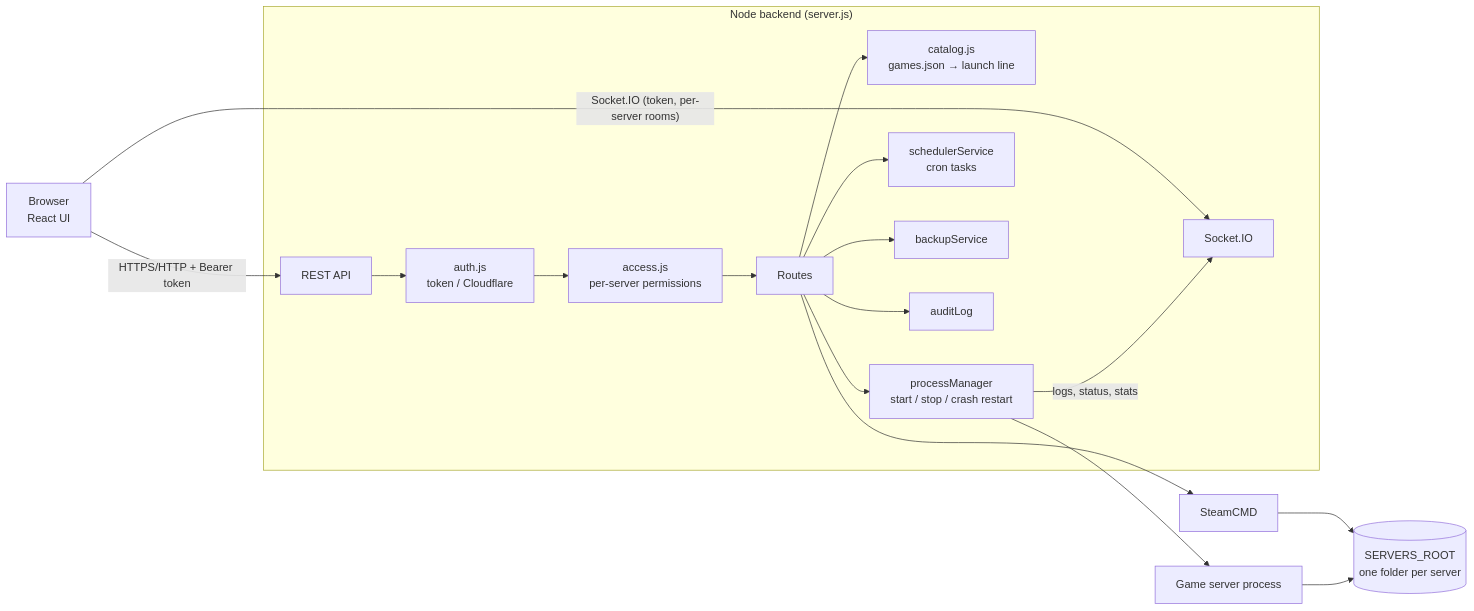
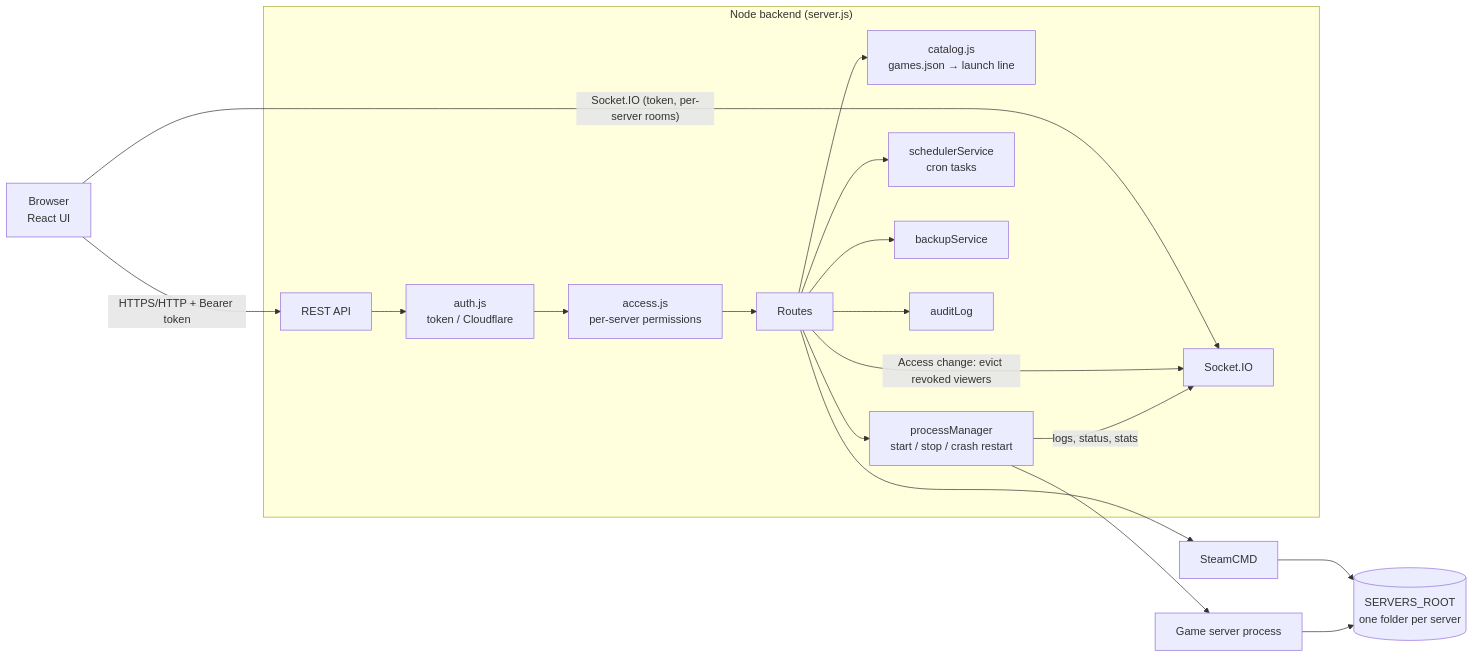
Before and after one commit to itzdaniel483/ServerForge: the diagram in docs/ARCHITECTURE.md, drawn with Mermaid. The commit also changed other lines of this file and 3 other files, not shown here.

````diff
--- a/docs/ARCHITECTURE.md
+++ b/docs/ARCHITECTURE.md
@@ -3,20 +3,21 @@
 ```mermaid
 flowchart LR
     B[Browser<br/>React UI] -- "HTTPS/HTTP + Bearer token" --> API
     B -- "Socket.IO (token, per-server rooms)" --> IO
     subgraph Panel["Node backend (server.js)"]
         API[REST API] --> AUTH[auth.js<br/>token / Cloudflare]
         AUTH --> ACL[access.js<br/>per-server permissions]
         ACL --> ROUTES[Routes]
         ROUTES --> CAT[catalog.js<br/>games.json → launch line]
         ROUTES --> PM[processManager<br/>start / stop / crash restart]
         ROUTES --> SCH[schedulerService<br/>cron tasks]
         ROUTES --> BK[backupService]
         ROUTES --> LOG[auditLog]
         IO[Socket.IO]
+        ROUTES -- "Access change: evict revoked viewers" --> IO
         PM -- logs, status, stats --> IO
     end
     ROUTES --> STEAM[SteamCMD] --> DISK[(SERVERS_ROOT<br/>one folder per server)]
     PM --> GAME[Game server process]
     GAME --> DISK
 ```
````
